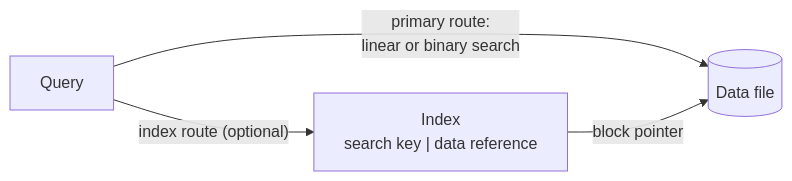
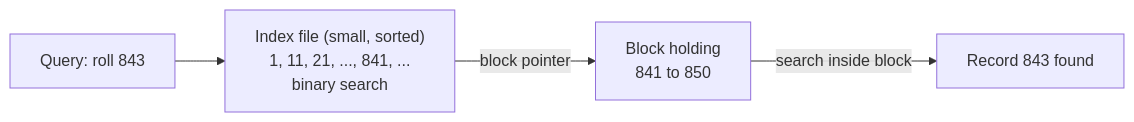
One commit to aaryan-pradhan/core-cs-fundamentals changed the second of 7 diagrams in dbms/14-indexing.md. Above: the diagram before and after it, drawn with Mermaid. The commit also changed other lines of this file, not shown here.

````diff
--- a/dbms/14-indexing.md
+++ b/dbms/14-indexing.md
@@ -59,5 +19,6 @@
 ```mermaid
 flowchart LR
-  Q["Query"] -- "primary route:<br/>linear or binary search" --> D[("Data file")]
-  Q -- "index route (optional)" --> I["Index<br/>search key | data reference"] -- "block pointer" --> D
+  Q["Query: roll 843"] --> I["Index file (small, sorted)<br/>1, 11, 21, ..., 841, ...<br/>binary search"]
+  I -- "block pointer" --> B["Block holding<br/>841 to 850"]
+  B -- "search inside block" --> R["Record 843 found"]
 ```
````
